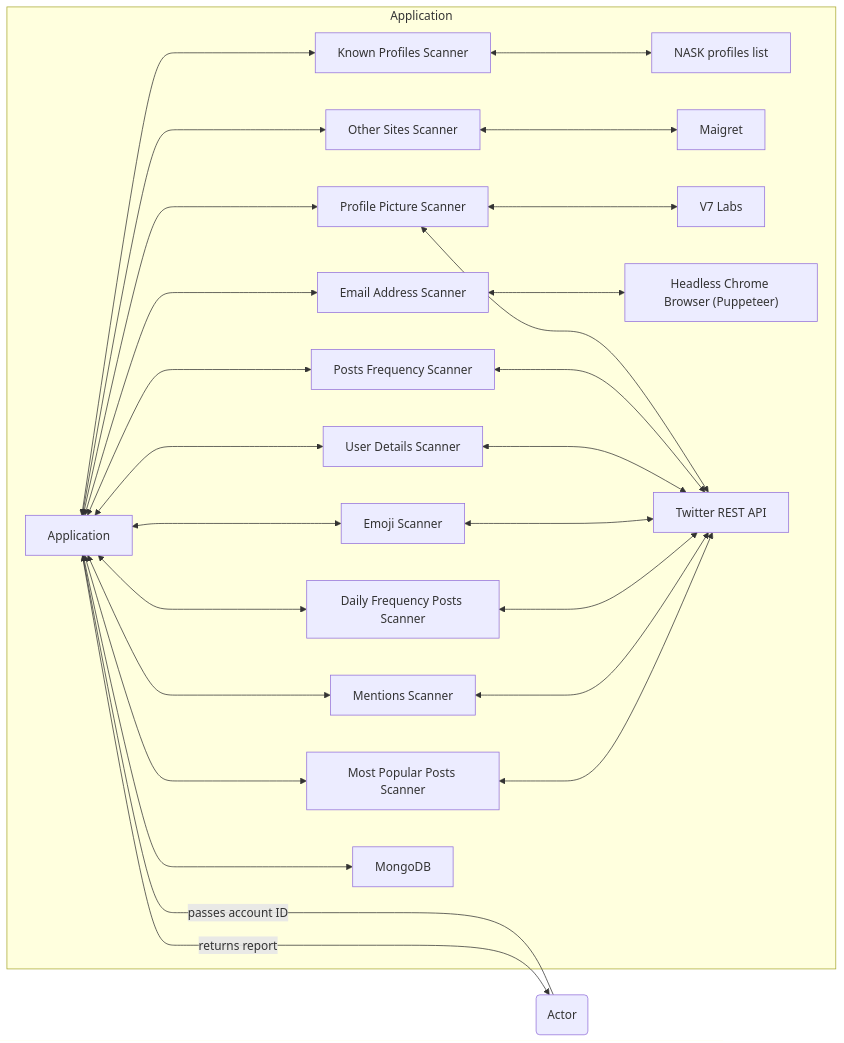
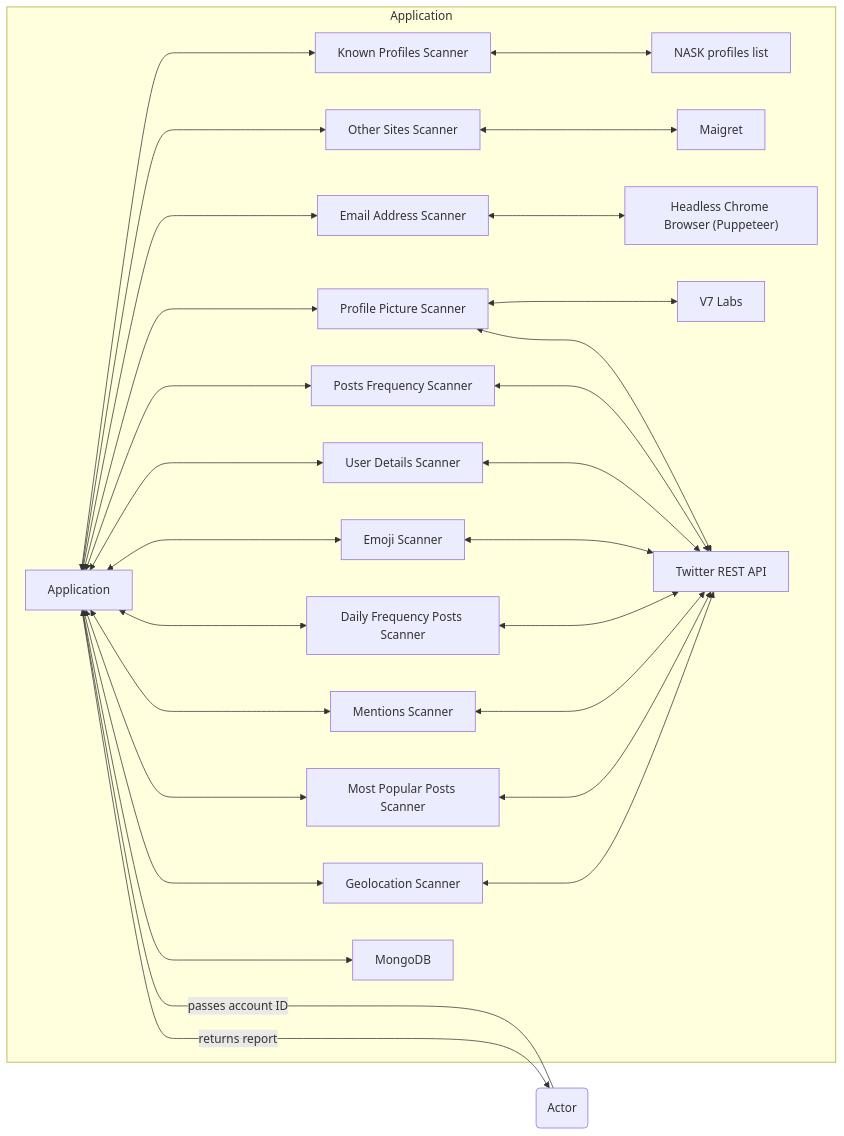
The first of 2 diagrams in README.md (elszczepano/master-thesis-automation), drawn with Mermaid before and after one commit.

Commit message:
Update diagram

````diff
--- a/README.md
+++ b/README.md
@@ -29,29 +29,31 @@
 ```mermaid
 flowchart RL
     A(Actor) -- passes account ID ----> B[Application]
     B -- returns report --> A
     subgraph Application
-        C[Profile Picture Scanner] <---> B
+        C[Email Address Scanner] <---> B
         E[Posts Frequency Scanner] <---> B
         F[User Details Scanner] <---> B
         G[Emoji Scanner] <---> B
         K[Daily Frequency Posts Scanner]  <---> B
         L[Mentions Scanner]  <---> B
-        D[Email Address Scanner] <---> B
+        D[Profile Picture Scanner] <---> B
         N[Known Profiles Scanner] <---> B
         O[NASK profiles list] <---> N
         R[Other Sites Scanner] <---> B
         S[Maigret] <---> R
         T[Most Popular Posts Scanner] <---> B
+        U[Geolocation Scanner] <---> B
         M[MongoDB] <---> B
-        H[V7 Labs] <---> C
-        I["Headless Chrome Browser (Puppeteer)"] <---> D
-        J[Twitter REST API] <---> C
+        H["Headless Chrome Browser (Puppeteer)"] <---> C
+        I[V7 Labs] <---> D
+        J[Twitter REST API] <---> D
         J <---> E
         J <---> F
         J <---> G
         J <---> K
         J <---> L
         J <---> T
+        J <---> U
     end
 ```
````
